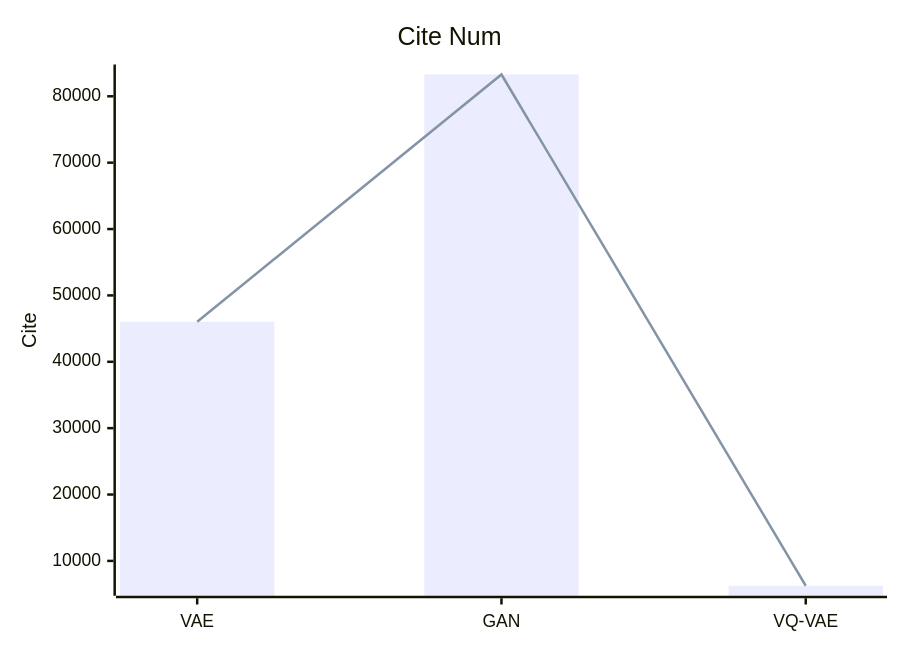
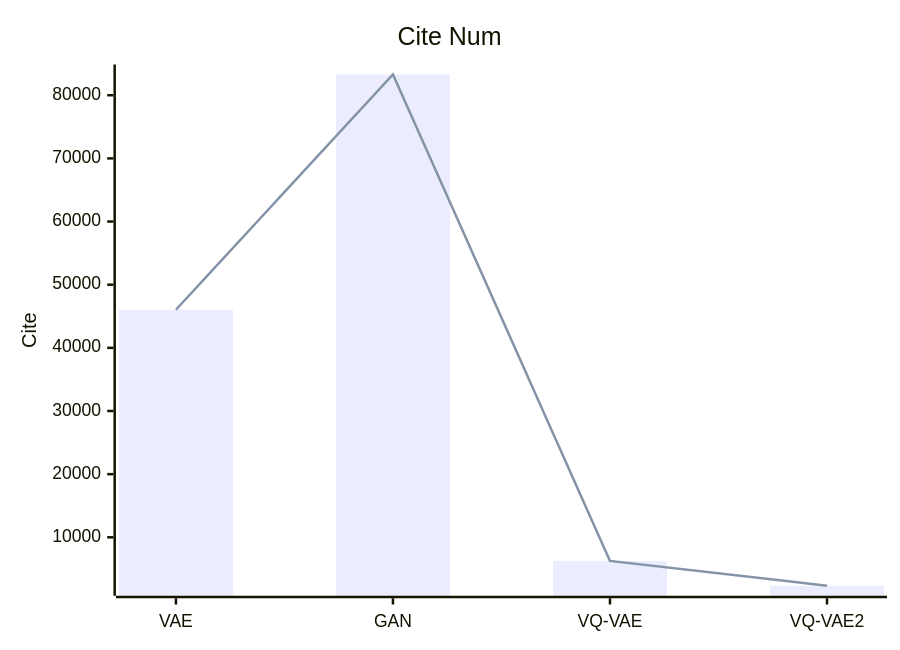
The fourth of 4 diagrams in Base_Model/GAN+VAE+Diffusion/analyse.md (Elephant-King9/Paper), drawn with Mermaid before and after one commit. The commit also changed other lines of this file and 4 other files, not shown here.

````diff
--- a/Base_Model/GAN+VAE+Diffusion/analyse.md
+++ b/Base_Model/GAN+VAE+Diffusion/analyse.md
@@ -43,8 +45,8 @@
 ```mermaid
     xychart-beta
     title "Cite Num"
-    x-axis [VAE,GAN,VQ-VAE]
+    x-axis [VAE,GAN,VQ-VAE,VQ-VAE2]
     y-axis "Cite" 
-    bar [46034, 83283, 6258]
-    line [46034, 83283, 6258]
+    bar [46034, 83283, 6258, 2329]
+    line [46034, 83283, 6258, 2329]
 ```
````
